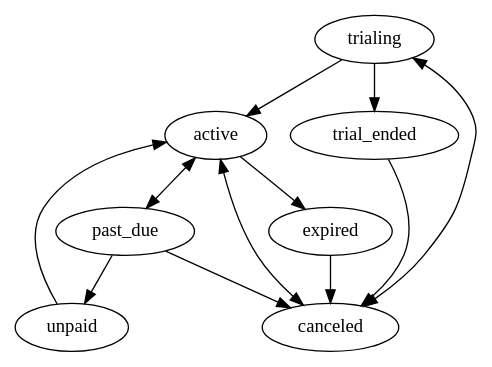
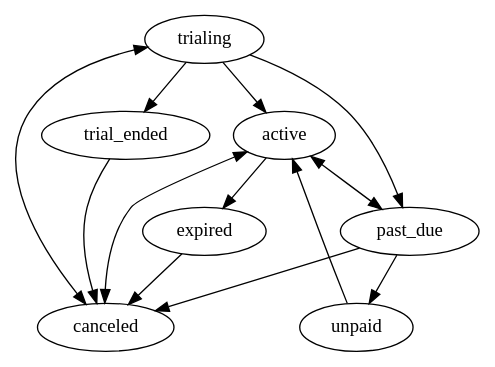
One commit to wsmoak/chargify-examples changed the diagram in subscription-states/subscription_states.dot. Above: the diagram before and after it, drawn with Graphviz.

Commit message:
Add trialing -> past_due
If payment is expected at the end of a trial, and there is no card on file or the payment fails, then the subscription will become past due.

```diff
--- a/subscription-states/subscription_states.dot
+++ b/subscription-states/subscription_states.dot
@@ -1,17 +1,18 @@
 digraph subscription_states {
  concentrate=true;
  trialing -> active;
  trialing -> trial_ended;
+ trialing -> past_due;
  trialing -> canceled;
  trial_ended -> canceled;
  active -> canceled;
  active -> past_due;
  active -> expired;
  past_due -> unpaid;
  past_due -> active;
  past_due -> canceled;
  unpaid -> active;
  expired -> canceled;
  canceled -> active;
  canceled -> trialing;
 }
```
